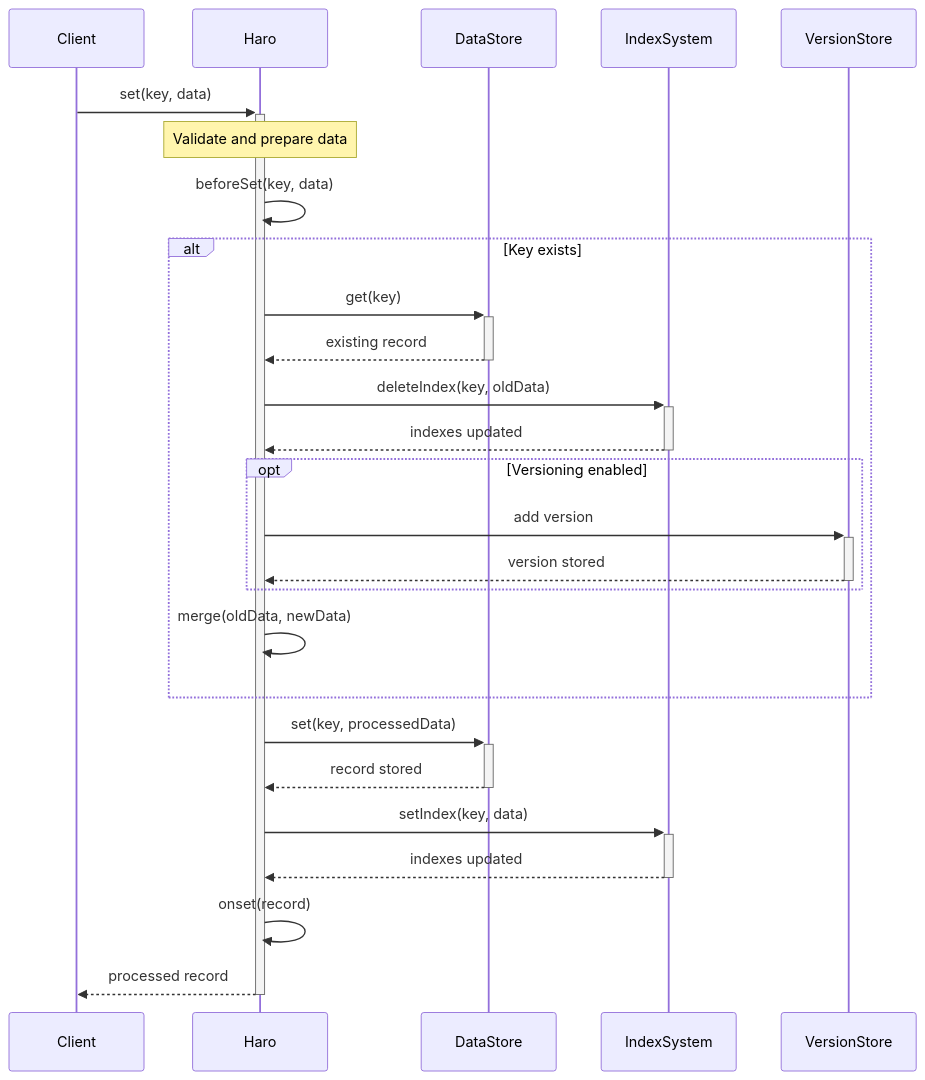
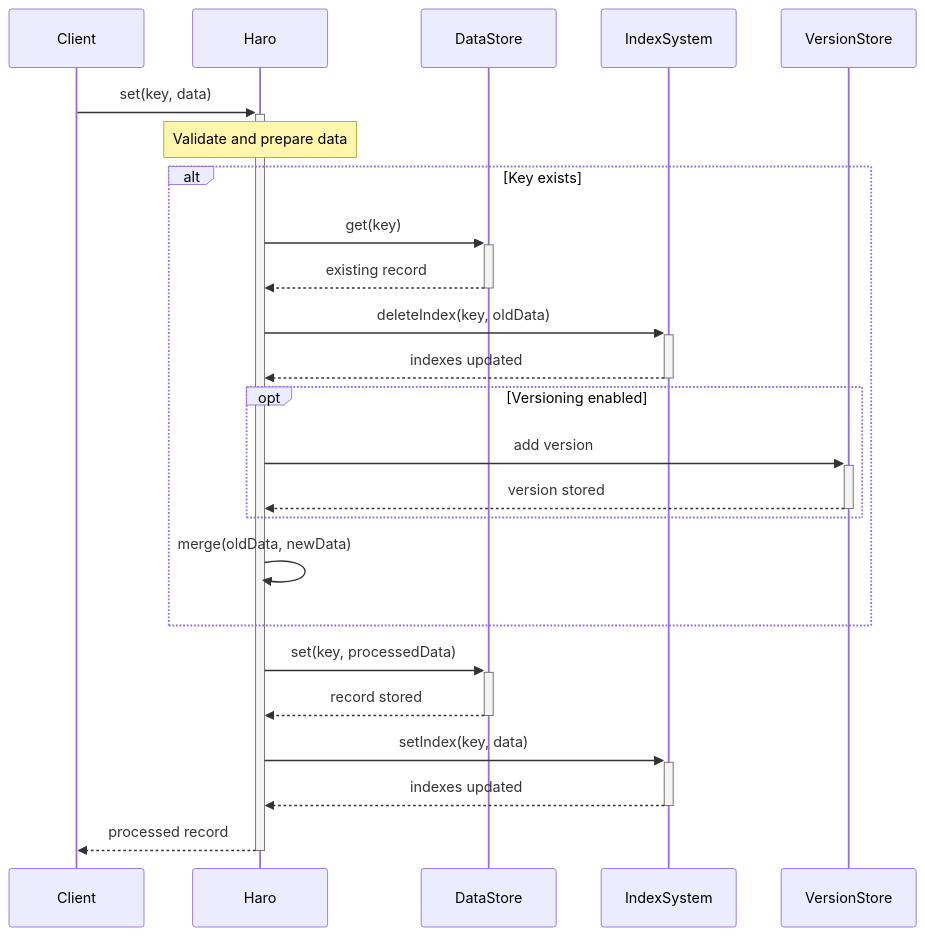
The second of 9 diagrams in docs/TECHNICAL_DOCUMENTATION.md (avoidwork/haro), drawn with Mermaid before and after one commit. The commit also changed other lines of this file and 8 other files, not shown here.

````diff
--- a/docs/TECHNICAL_DOCUMENTATION.md
+++ b/docs/TECHNICAL_DOCUMENTATION.md
@@ -84,37 +84,34 @@
 ```mermaid
 sequenceDiagram
     participant Client
     participant Haro
     participant DataStore
     participant IndexSystem
     participant VersionStore
     
     Client->>+Haro: set(key, data)
     
     Note over Haro: Validate and prepare data
-    Haro->>Haro: beforeSet(key, data)
     
     alt Key exists
         Haro->>+DataStore: get(key)
         DataStore-->>-Haro: existing record
         Haro->>+IndexSystem: deleteIndex(key, oldData)
         IndexSystem-->>-Haro: indexes updated
         
         opt Versioning enabled
             Haro->>+VersionStore: add version
             VersionStore-->>-Haro: version stored
         end
         
         Haro->>Haro: merge(oldData, newData)
     end
     
     Haro->>+DataStore: set(key, processedData)
     DataStore-->>-Haro: record stored
     
     Haro->>+IndexSystem: setIndex(key, data)
     IndexSystem-->>-Haro: indexes updated
     
-    Haro->>Haro: onset(record)
-    
     Haro-->>-Client: processed record
 ```
````
